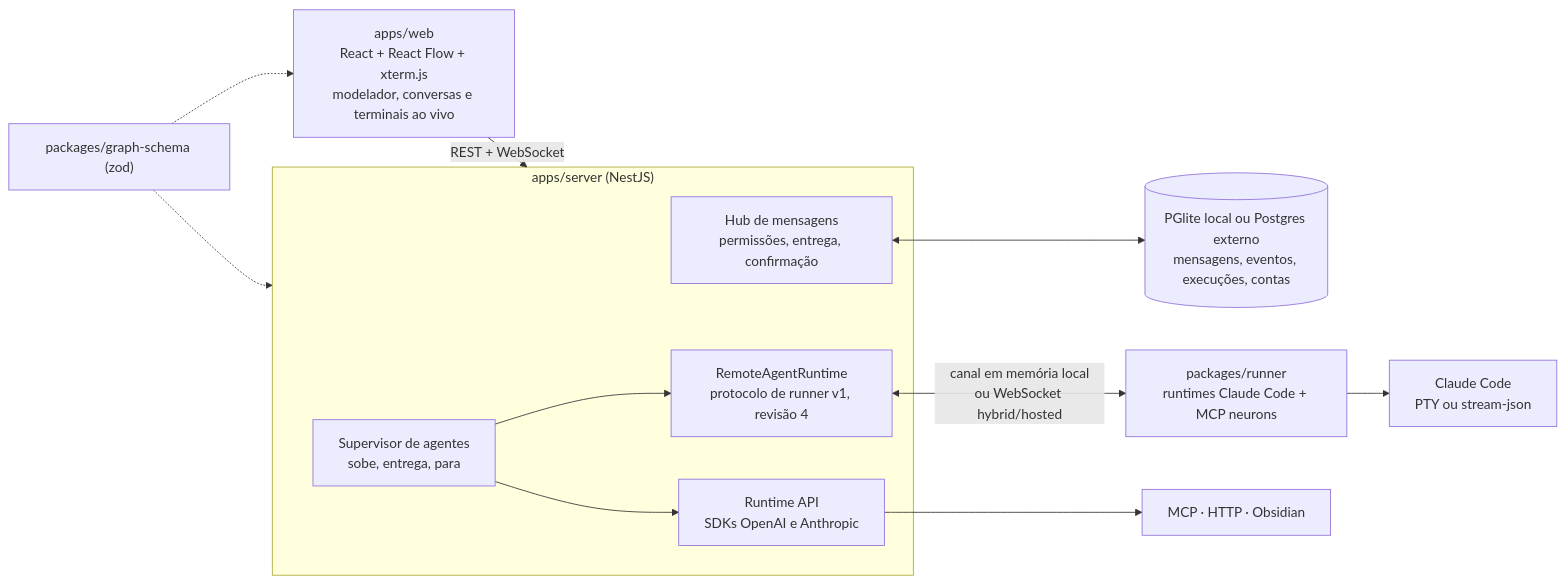
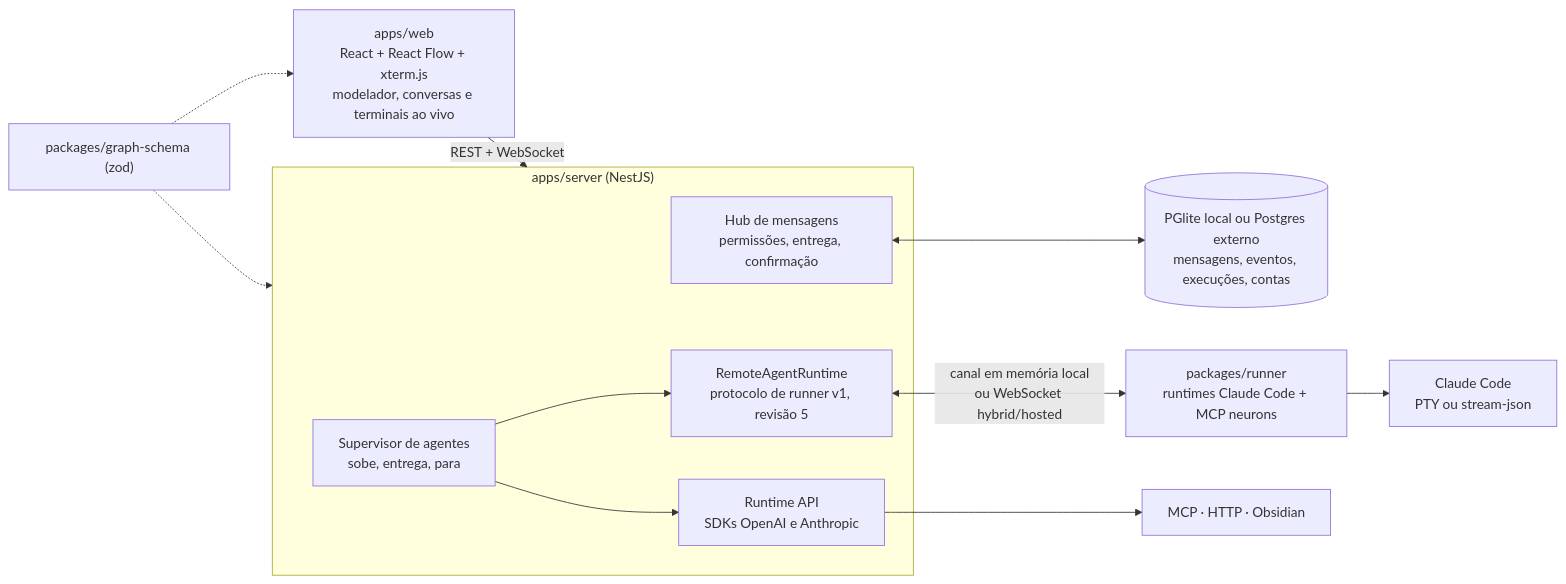
One commit to rafaeldossanto/NeuronsAI changed the second of 2 diagrams in Docs/NeuronsAI.md. Above: the diagram before and after it, drawn with Mermaid. The commit also changed 4 other files, not shown here.

````diff
--- a/Docs/NeuronsAI.md
+++ b/Docs/NeuronsAI.md
@@ -105,18 +105,18 @@
 ```mermaid
 flowchart LR
     WEB["apps/web<br/>React + React Flow + xterm.js<br/>modelador, conversas e terminais ao vivo"] -- REST + WebSocket --> SRV
     subgraph SRV["apps/server (NestJS)"]
       HUB["Hub de mensagens<br/>permissões, entrega, confirmação"]
       SUP["Supervisor de agentes<br/>sobe, entrega, para"]
       APIRT["Runtime API<br/>SDKs OpenAI e Anthropic"]
-      REMOTE["RemoteAgentRuntime<br/>protocolo de runner v1, revisão 4"]
+      REMOTE["RemoteAgentRuntime<br/>protocolo de runner v1, revisão 5"]
     end
     HUB <--> DB[("PGlite local ou Postgres externo<br/>mensagens, eventos, execuções, contas")]
     SUP --> APIRT
     SUP --> REMOTE
     REMOTE <-->|"canal em memória local<br/>ou WebSocket hybrid/hosted"| RUNNER["packages/runner<br/>runtimes Claude Code + MCP neurons"]
     RUNNER --> CLI["Claude Code<br/>PTY ou stream-json"]
     APIRT --> TOOLS["MCP · HTTP · Obsidian"]
     SCHEMA["packages/graph-schema (zod)"] -.-> WEB
     SCHEMA -.-> SRV
 ```
````
